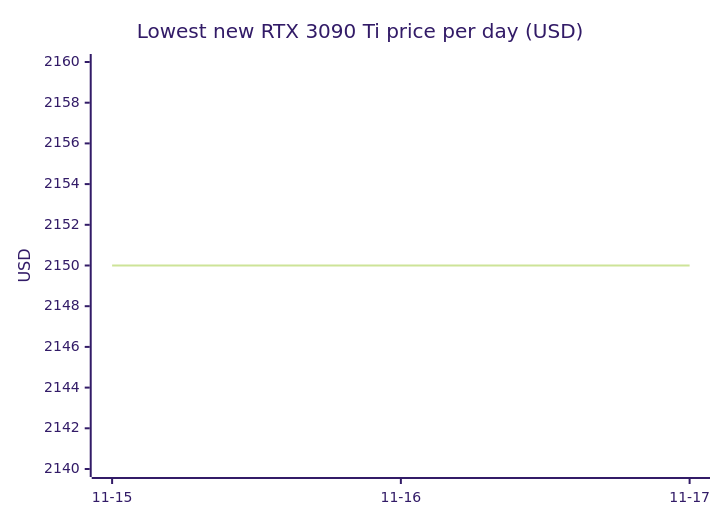
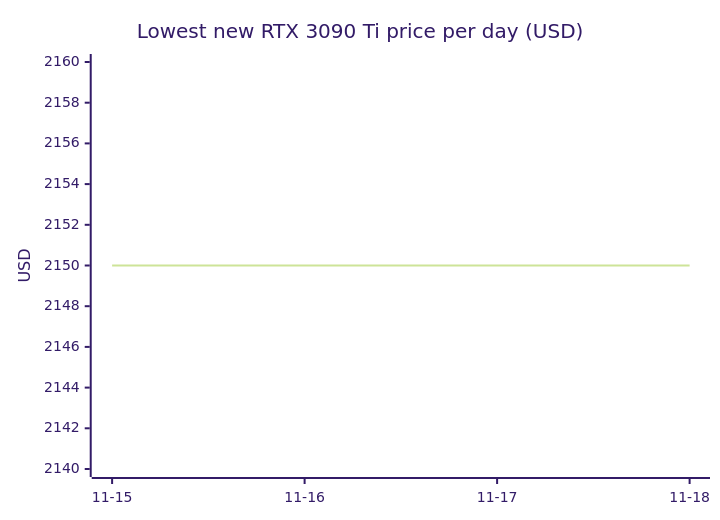
The eighth of 18 diagrams in README.md (7324136828/4tb_ssd_price_watch), drawn with Mermaid (forest theme) before and after one commit. The commit also changed other lines of this file, not shown here.

````diff
--- a/README.md
+++ b/README.md
@@ -441,7 +481,7 @@
 ```mermaid
 xychart-beta
     title "Lowest new RTX 3090 Ti price per day (USD)"
-    x-axis ["11-15", "11-16", "11-17"]
+    x-axis ["11-15", "11-16", "11-17", "11-18"]
     y-axis "USD" 2140 --> 2160
-    line [2150.00, 2150.00, 2150.00]
+    line [2150.00, 2150.00, 2150.00, 2150.00]
 ```
````
